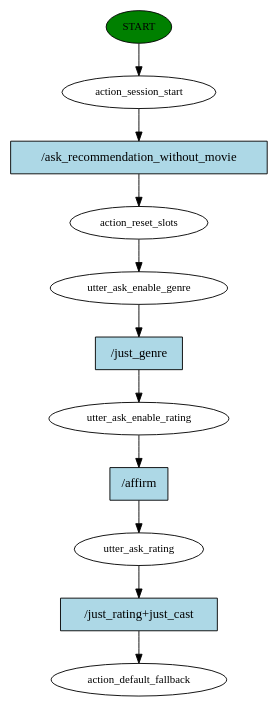
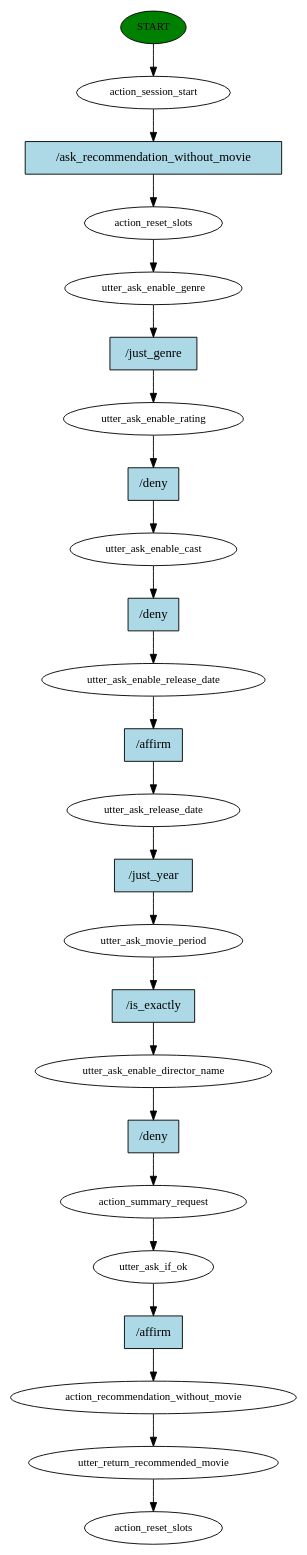
Before and after one commit to Bru0x11/Human_Machine_Dialogue-Rasa: the diagram in story_graph.dot, drawn with Graphviz. The commit also changed 77 other files, not shown here.

```diff
--- a/story_graph.dot
+++ b/story_graph.dot
@@ -1,23 +1,49 @@
 digraph  {
 0 [class="start active", fillcolor=green, fontsize=12, label=START, style=filled];
 1 [class=active, fontsize=12, label=action_session_start];
 2 [class=active, fontsize=12, label=action_reset_slots];
 3 [class=active, fontsize=12, label=utter_ask_enable_genre];
 4 [class=active, fontsize=12, label=utter_ask_enable_rating];
-5 [class=active, fontsize=12, label=utter_ask_rating];
-6 [class="dashed active", fontsize=12, label=action_default_fallback];
-7 [class="intent active", fillcolor=lightblue, label="/ask_recommendation_without_movie", shape=rect, style=filled];
-8 [class="intent active", fillcolor=lightblue, label="/just_genre", shape=rect, style=filled];
-9 [class="intent active", fillcolor=lightblue, label="/affirm", shape=rect, style=filled];
-10 [class="intent active", fillcolor=lightblue, label="/just_rating+just_cast", shape=rect, style=filled];
+5 [class=active, fontsize=12, label=utter_ask_enable_cast];
+6 [class=active, fontsize=12, label=utter_ask_enable_release_date];
+7 [class=active, fontsize=12, label=utter_ask_release_date];
+8 [class=active, fontsize=12, label=utter_ask_movie_period];
+9 [class=active, fontsize=12, label=utter_ask_enable_director_name];
+10 [class=active, fontsize=12, label=action_summary_request];
+11 [class=active, fontsize=12, label=utter_ask_if_ok];
+12 [class=active, fontsize=12, label=action_recommendation_without_movie];
+13 [class=active, fontsize=12, label=utter_return_recommended_movie];
+14 [class="dashed active", fontsize=12, label=action_reset_slots];
+15 [class="intent active", fillcolor=lightblue, label="/ask_recommendation_without_movie", shape=rect, style=filled];
+16 [class="intent active", fillcolor=lightblue, label="/just_genre", shape=rect, style=filled];
+17 [class="intent active", fillcolor=lightblue, label="/deny", shape=rect, style=filled];
+18 [class="intent active", fillcolor=lightblue, label="/deny", shape=rect, style=filled];
+19 [class="intent active", fillcolor=lightblue, label="/affirm", shape=rect, style=filled];
+20 [class="intent active", fillcolor=lightblue, label="/just_year", shape=rect, style=filled];
+21 [class="intent active", fillcolor=lightblue, label="/is_exactly", shape=rect, style=filled];
+22 [class="intent active", fillcolor=lightblue, label="/deny", shape=rect, style=filled];
+23 [class="intent active", fillcolor=lightblue, label="/affirm", shape=rect, style=filled];
 0 -> 1  [class=active, key=NONE, label=""];
-1 -> 7  [class=active, key=0];
+1 -> 15  [class=active, key=0];
 2 -> 3  [class=active, key=NONE, label=""];
-3 -> 8  [class=active, key=0];
-4 -> 9  [class=active, key=0];
-5 -> 10  [class=active, key=0];
-7 -> 2  [class=active, key=0];
-8 -> 4  [class=active, key=0];
-9 -> 5  [class=active, key=0];
-10 -> 6  [class=active, key=0];
+3 -> 16  [class=active, key=0];
+4 -> 17  [class=active, key=0];
+5 -> 18  [class=active, key=0];
+6 -> 19  [class=active, key=0];
+7 -> 20  [class=active, key=0];
+8 -> 21  [class=active, key=0];
+9 -> 22  [class=active, key=0];
+10 -> 11  [class=active, key=NONE, label=""];
+11 -> 23  [class=active, key=0];
+12 -> 13  [class=active, key=NONE, label=""];
+13 -> 14  [class=active, key=NONE, label=""];
+15 -> 2  [class=active, key=0];
+16 -> 4  [class=active, key=0];
+17 -> 5  [class=active, key=0];
+18 -> 6  [class=active, key=0];
+19 -> 7  [class=active, key=0];
+20 -> 8  [class=active, key=0];
+21 -> 9  [class=active, key=0];
+22 -> 10  [class=active, key=0];
+23 -> 12  [class=active, key=0];
 }
```
